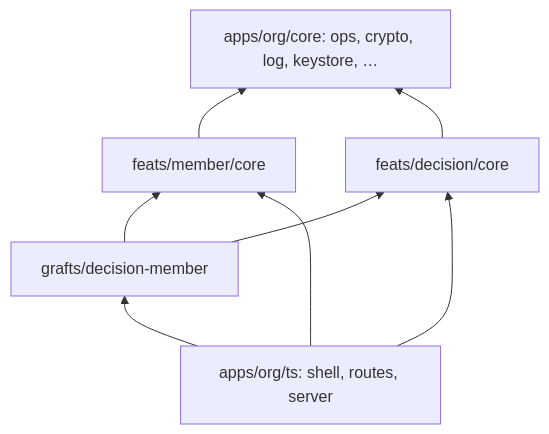
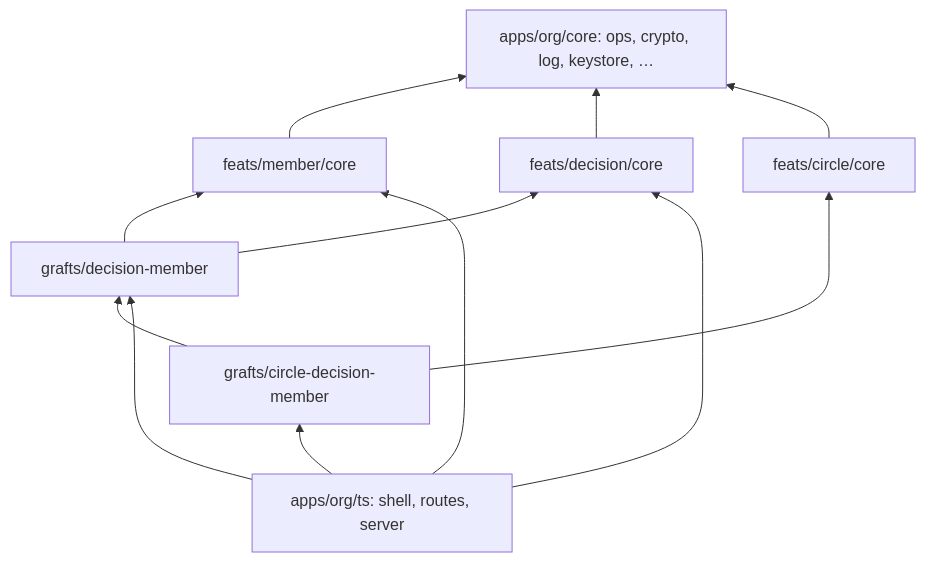
One commit to cella-coop/cella changed the diagram in _corpus/doc/architecture.md. Above: the diagram before and after it, drawn with Mermaid. The commit also changed other lines of this file and 1 other file, not shown here.

Commit message:
doc: the graft order — a graft reads only the feats it joins and the grafts that join fewer of them — and the rules feat-check enforces

````diff
--- a/_corpus/doc/architecture.md
+++ b/_corpus/doc/architecture.md
@@ -17,15 +17,21 @@
 ```mermaid
 flowchart BT
   core["apps/org/core: ops, crypto, log, keystore, …"]
   member["feats/member/core"]
   decision["feats/decision/core"]
+  circle["feats/circle/core"]
   graft["grafts/decision-member"]
+  three["grafts/circle-decision-member"]
   root["apps/org/ts: shell, routes, server"]
   member --> core
   decision --> core
+  circle --> core
   graft --> member
   graft --> decision
+  three --> graft
+  three --> circle
+  root --> three
   root --> graft
   root --> member
   root --> decision
 ```
````
